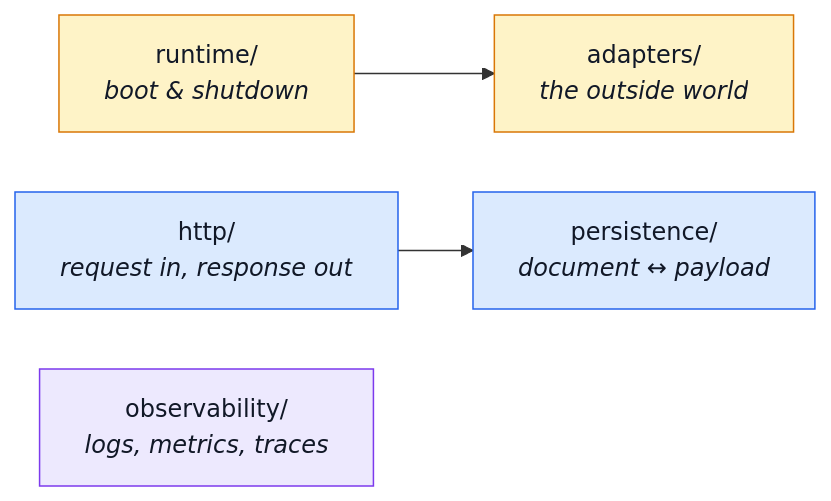
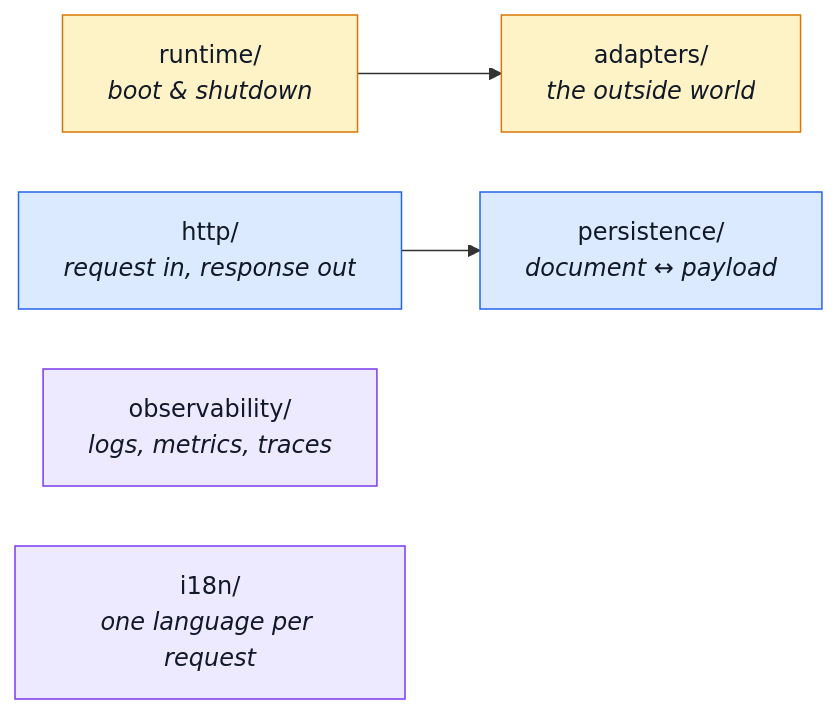
One commit to Guebbit/boilerplate-node-backend changed the diagram in docs/reference/src-infrastructure.md. Above: the diagram before and after it, drawn with Mermaid. The commit also changed other lines of this file and 41 other files, not shown here.

````diff
--- a/docs/reference/src-infrastructure.md
+++ b/docs/reference/src-infrastructure.md
@@ -13,14 +13,15 @@
 ```mermaid
 %%{init: {'flowchart': {'nodeSpacing': 40, 'rankSpacing': 50}}}%%
 flowchart LR
     Runtime["runtime/<br/><i>boot & shutdown</i>"] --> Adapters["adapters/<br/><i>the outside world</i>"]
     Http["http/<br/><i>request in, response out</i>"] --> Persist["persistence/<br/><i>document ↔ payload</i>"]
     Obs["observability/<br/><i>logs, metrics, traces</i>"]
+    I18n["i18n/<br/><i>one language per request</i>"]
 
     classDef a fill:#fef3c7,stroke:#d97706,color:#111827;
     classDef b fill:#dbeafe,stroke:#2563eb,color:#111827;
     classDef c fill:#ede9fe,stroke:#7c3aed,color:#111827;
     class Runtime,Adapters a;
     class Http,Persist b;
-    class Obs c;
+    class Obs,I18n c;
 ```
````
